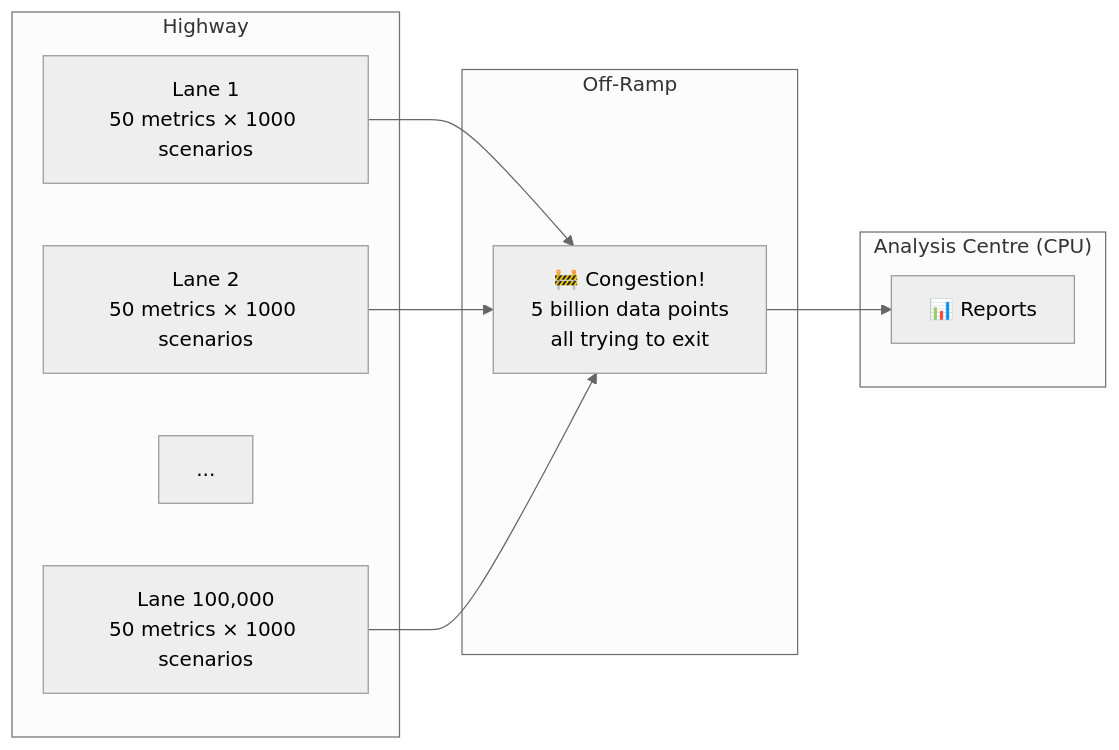
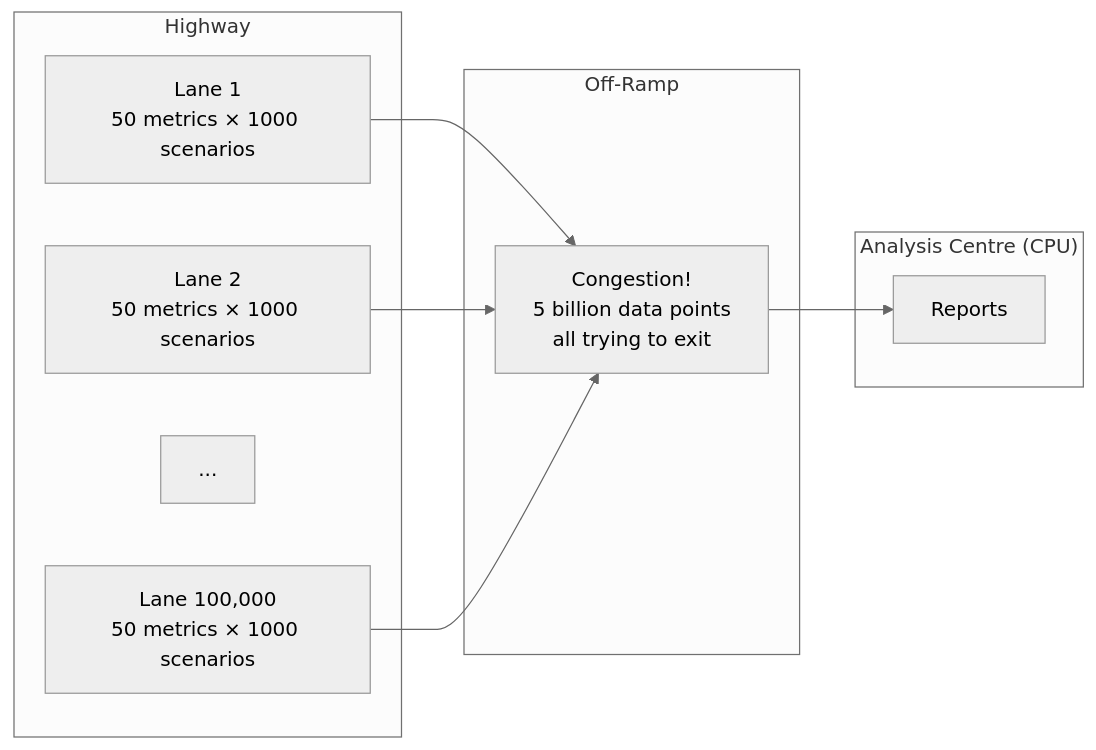
The sixth of 8 diagrams in docs/hackathon/cpu-vs-gpu-explained.md (FransVanEk/Actus-Insurance.Documentation), drawn with Mermaid (neutral theme) before and after one commit. The commit also changed other lines of this file and 5 other files, not shown here.

Commit message:
Enhance Mermaid diagram styling and integrate global class definitions for consistent theming across diagrams

````diff
--- a/docs/hackathon/cpu-vs-gpu-explained.md
+++ b/docs/hackathon/cpu-vs-gpu-explained.md
@@ -187,22 +187,22 @@
 ```mermaid
 graph LR
     subgraph "Highway"
         L1["Lane 1<br/>50 metrics × 1000 scenarios"]
         L2["Lane 2<br/>50 metrics × 1000 scenarios"]
         L3["..."]
         L4["Lane 100,000<br/>50 metrics × 1000 scenarios"]
     end
 
     subgraph "Off-Ramp"
-        BOTTLE["🚧 Congestion!<br/>5 billion data points<br/>all trying to exit"]
+        BOTTLE["Congestion!<br/>5 billion data points<br/>all trying to exit"]
     end
 
     subgraph "Analysis Centre (CPU)"
-        REPORT["📊 Reports"]
+        REPORT["Reports"]
     end
 
     L1 --> BOTTLE
     L2 --> BOTTLE
     L4 --> BOTTLE
     BOTTLE --> REPORT
 ```
````
